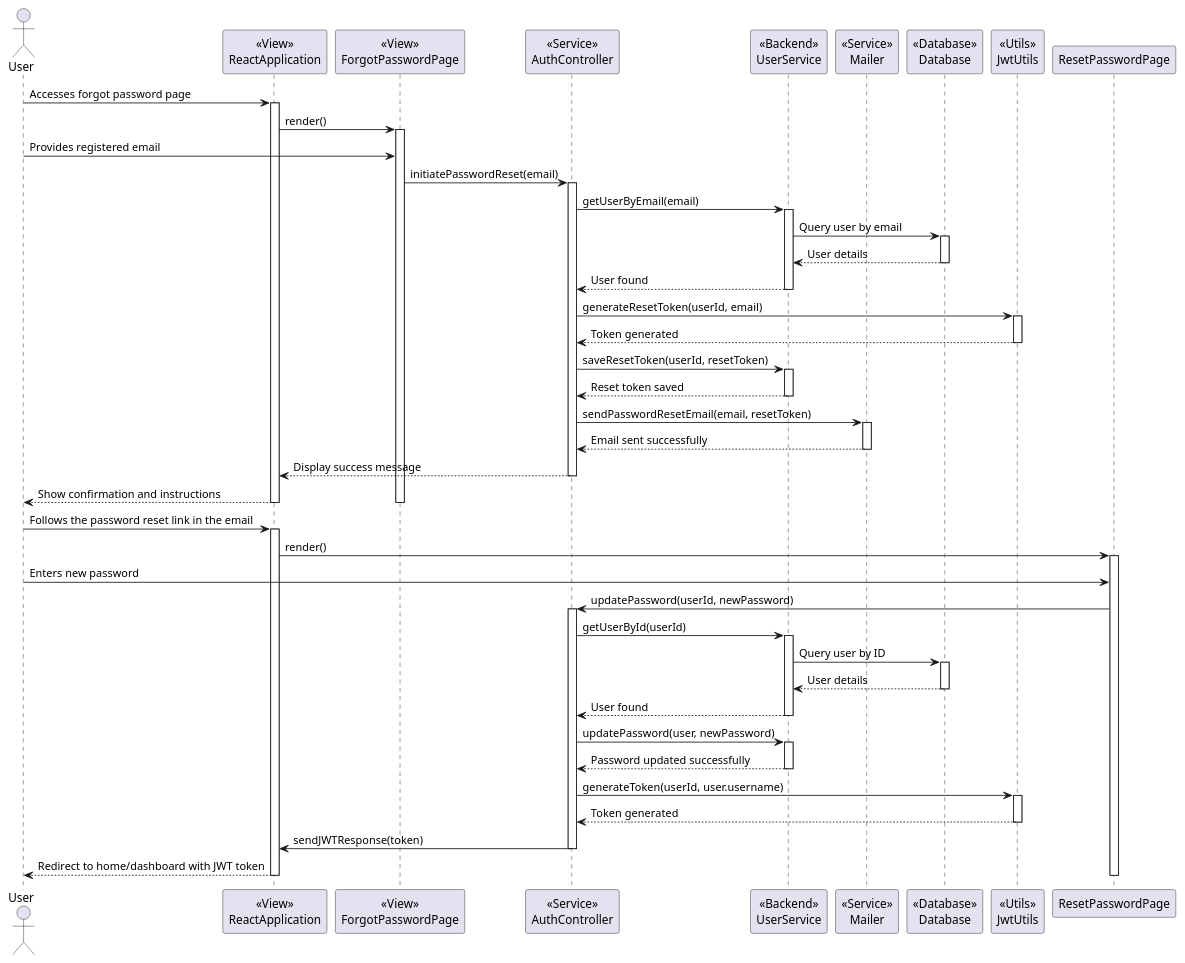
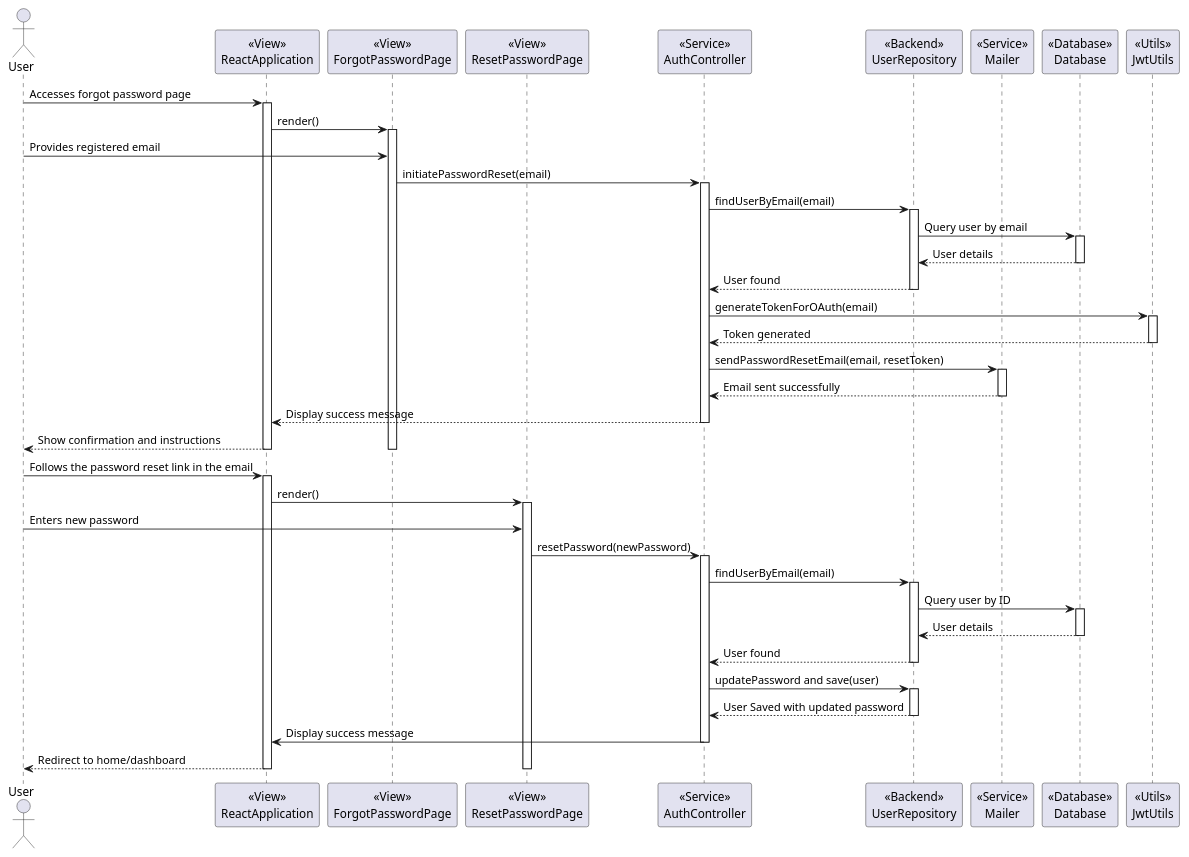
One commit to Iantomasi/ateliermecanique-ws changed the diagram in diagrams/Authentication/PasswordReset/PasswordResetDesignLevel.puml. Above: the diagram before and after it, drawn with PlantUML. The commit also changed 8 other files, not shown here.

```diff
--- a/diagrams/Authentication/PasswordReset/PasswordResetDesignLevel.puml
+++ b/diagrams/Authentication/PasswordReset/PasswordResetDesignLevel.puml
@@ -1,101 +1,92 @@
 @startuml
 
 actor User
 
 participant ReactApplication as "<<View>>\nReactApplication"
 participant ForgotPasswordPage as "<<View>>\nForgotPasswordPage"
+participant ResetPasswordPage as "<<View>>\nResetPasswordPage"
 participant AuthController as "<<Service>>\nAuthController"
-participant UserService as "<<Backend>>\nUserService"
+participant UserRepository as "<<Backend>>\nUserRepository"
 participant Mailer as "<<Service>>\nMailer"
 participant Database as "<<Database>>\nDatabase"
 participant JwtUtils as "<<Utils>>\nJwtUtils"
 
 User -> ReactApplication: Accesses forgot password page
 activate ReactApplication
 
 ReactApplication -> ForgotPasswordPage: render()
 activate ForgotPasswordPage
 
 User -> ForgotPasswordPage: Provides registered email
 ForgotPasswordPage -> AuthController: initiatePasswordReset(email)
 activate AuthController
 
-AuthController -> UserService: getUserByEmail(email)
-activate UserService
+AuthController -> UserRepository: findUserByEmail(email)
+activate UserRepository
 
-UserService -> Database: Query user by email
+UserRepository -> Database: Query user by email
 activate Database
 
-Database --> UserService: User details
+Database --> UserRepository: User details
 deactivate Database
 
-UserService --> AuthController: User found
-deactivate UserService
+UserRepository --> AuthController: User found
+deactivate UserRepository
 
-AuthController -> JwtUtils: generateResetToken(userId, email)
+AuthController -> JwtUtils: generateTokenForOAuth(email)
 activate JwtUtils
 
 JwtUtils --> AuthController: Token generated
 deactivate JwtUtils
 
-AuthController -> UserService: saveResetToken(userId, resetToken)
-activate UserService
-
-UserService --> AuthController: Reset token saved
-deactivate UserService
 
 AuthController -> Mailer: sendPasswordResetEmail(email, resetToken)
 activate Mailer
 
 Mailer --> AuthController: Email sent successfully
 deactivate Mailer
 
 AuthController --> ReactApplication: Display success message
 deactivate AuthController
 
 ReactApplication --> User: Show confirmation and instructions
 deactivate ReactApplication
 deactivate ForgotPasswordPage
 
 User -> ReactApplication: Follows the password reset link in the email
 activate ReactApplication
 
 ReactApplication -> ResetPasswordPage: render()
 activate ResetPasswordPage
 
 User -> ResetPasswordPage: Enters new password
-ResetPasswordPage -> AuthController: updatePassword(userId, newPassword)
+ResetPasswordPage -> AuthController: resetPassword(newPassword)
 activate AuthController
 
-AuthController -> UserService: getUserById(userId)
-activate UserService
+AuthController -> UserRepository: findUserByEmail(email)
+activate UserRepository
 
-UserService -> Database: Query user by ID
+UserRepository -> Database: Query user by ID
 activate Database
 
-Database --> UserService: User details
+Database --> UserRepository: User details
 deactivate Database
 
-UserService --> AuthController: User found
-deactivate UserService
+UserRepository --> AuthController: User found
+deactivate UserRepository
 
-AuthController -> UserService: updatePassword(user, newPassword)
-activate UserService
+AuthController -> UserRepository: updatePassword and save(user)
+activate UserRepository
 
-UserService --> AuthController: Password updated successfully
-deactivate UserService
+UserRepository --> AuthController: User Saved with updated password
+deactivate UserRepository
 
-AuthController -> JwtUtils: generateToken(userId, user.username)
-activate JwtUtils
 
-JwtUtils --> AuthController: Token generated
-deactivate JwtUtils
-
-AuthController -> ReactApplication: sendJWTResponse(token)
+AuthController -> ReactApplication: Display success message
 deactivate AuthController
 
-ReactApplication --> User: Redirect to home/dashboard with JWT token
+ReactApplication --> User: Redirect to home/dashboard
 deactivate ReactApplication
 deactivate ResetPasswordPage
 
 @enduml
```
